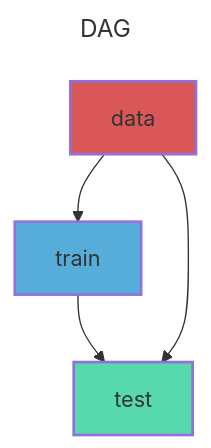
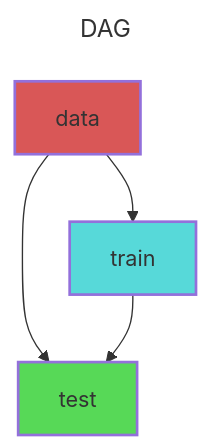
The diagram in forward/train.mmd (tremblaybenoit/RACCOONN), drawn with Mermaid before and after one commit. The commit also changed 8 other files, not shown here.

```diff
--- a/forward/train.mmd
+++ b/forward/train.mmd
@@ -1,13 +1,13 @@
 ---
 title: DAG
 ---
 flowchart TB
 	id0[test]
 	id1[data]
 	id2[train]
-	style id0 fill:#57D9AD,stroke-width:2px,color:#333333
+	style id0 fill:#57D957,stroke-width:2px,color:#333333
 	style id1 fill:#D95757,stroke-width:2px,color:#333333
-	style id2 fill:#57ADD9,stroke-width:2px,color:#333333
+	style id2 fill:#57D9D9,stroke-width:2px,color:#333333
+	id1 --> id0
 	id2 --> id0
-	id1 --> id0
 	id1 --> id2
```
